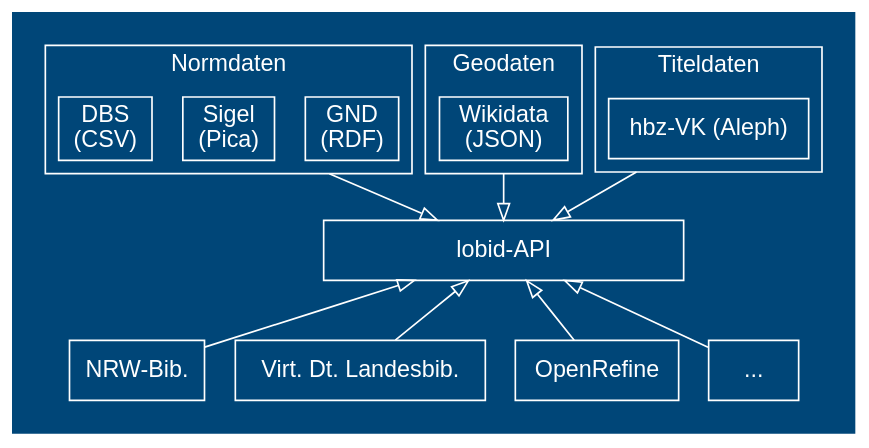
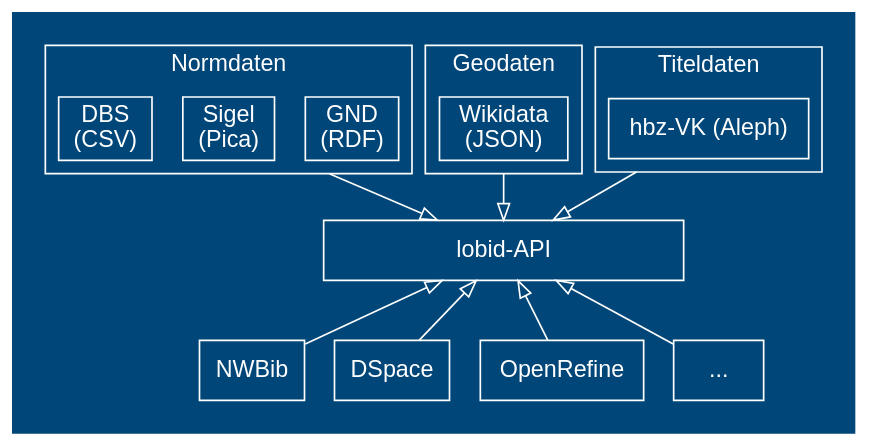
One commit to hbz/slides changed the diagram in 2021-06-17-bibtag21/img/lobid-data.dot. Above: the diagram before and after it, drawn with Graphviz. The commit also changed 2 other files, not shown here.

```diff
--- a/2021-06-17-bibtag21/img/lobid-data.dot
+++ b/2021-06-17-bibtag21/img/lobid-data.dot
@@ -1,61 +1,61 @@
 digraph data {
 	compound=true
 	node[shape=box color=white fontcolor=white fontname=helvetica]
 	graph [bgcolor="#004678" color=white fontcolor=white fontname=helvetica]
 	edge[color=white fontcolor=white fontname=helvetica]
 	edge[arrowhead=empty arrowtail=empty]
 	rankdir=TD
 	splines=false
 
 	subgraph cluster_1{
 	style=invis
 
 	/*
 	subgraph cluster_libs{
 		style=invis
 		libs [label="Libraries"]
 	}
 	*/
 
 	subgraph cluster_title{
 		style=solid
 		label="Titeldaten"
 		union [label="hbz-VK (Aleph)"]
 	}
 
 	subgraph cluster_geo{
 		style=solid
 		label="Geodaten"
 		wikidata[label="Wikidata\n(JSON)"]
 	}
 
 	subgraph cluster_auth{
 		style=solid
 		label="Normdaten"
 		gnd[label="GND\n(RDF)"]
 		sigel[label="Sigel\n(Pica)"]
 		dbs[label="DBS\n(CSV)"]
 	}
 
 
 
 	api[label="lobid-API" width=3]
 
 	//libs->union[lhead=cluster_title]
 	//libs->sigel[lhead=cluster_auth]
 
 	wikidata->api[ltail=cluster_geo]
 	sigel->api[ltail=cluster_auth]
 	union->api[ltail=cluster_title]
 
-	app1[label="NRW-Bib."]
-	app2[label="Virt. Dt. Landesbib."]
+	app1[label="NWBib"]
+	app2[label="DSpace"]
 	app3[label="OpenRefine"]
 	app4[label="..."]
 
 	api->app1[dir=back]
 	api->app2[dir=back]
 	api->app3[dir=back]
 	api->app4[dir=back]
 	}
 }
```
